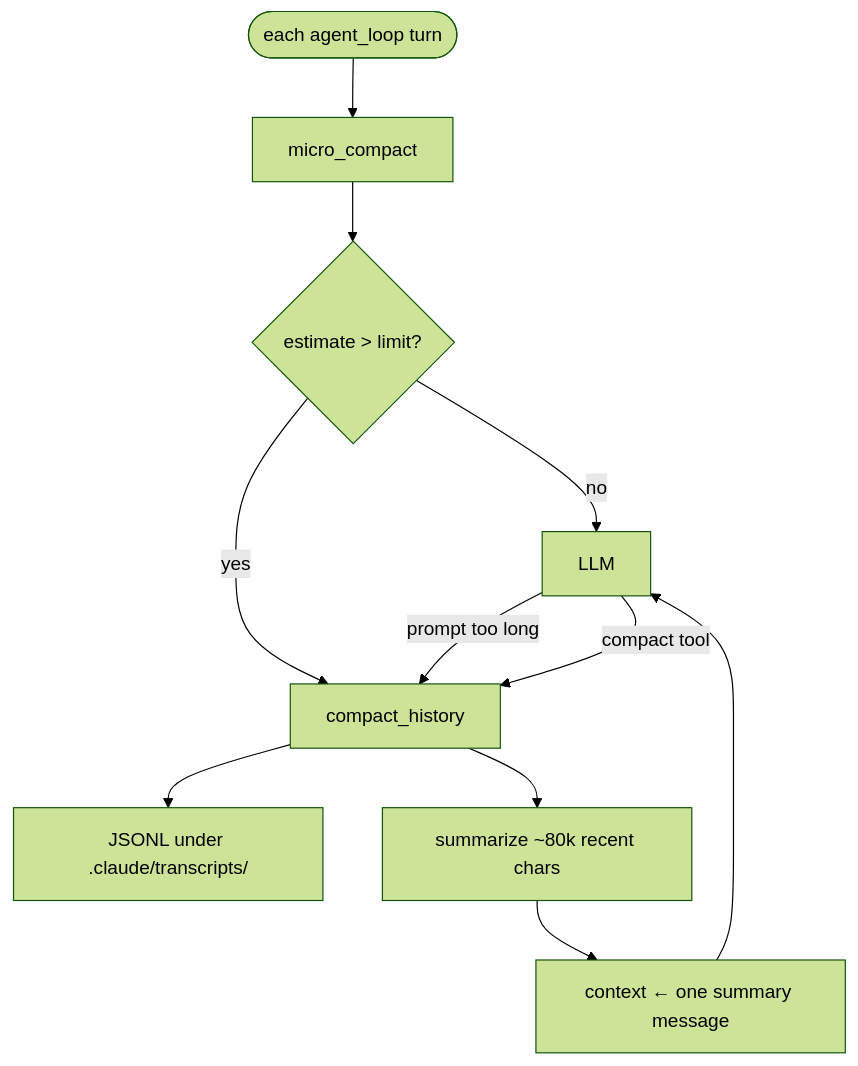
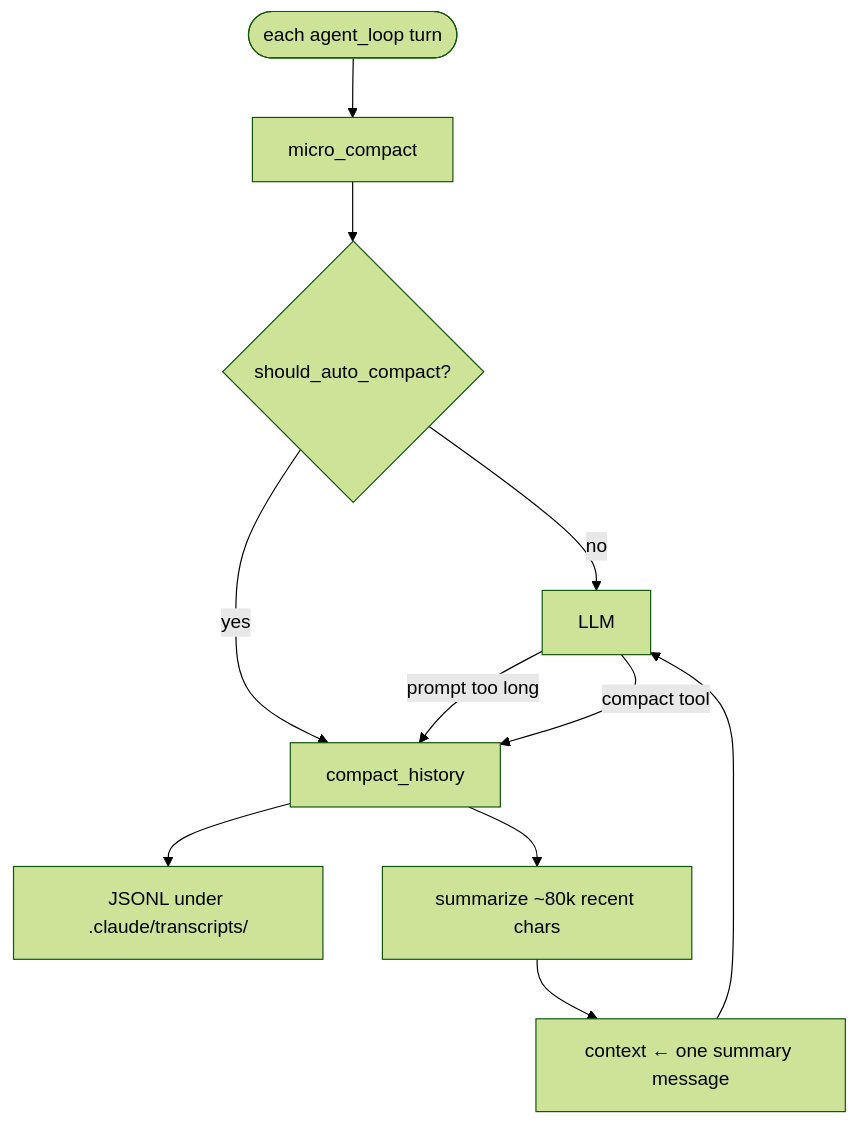
One commit to rust-infra/tact changed the diagram in docs/compaction.md. Above: the diagram before and after it, drawn with Mermaid (forest theme). The commit also changed other lines of this file and 9 other files, not shown here.

````diff
--- a/docs/compaction.md
+++ b/docs/compaction.md
@@ -13,13 +13,13 @@
 ```mermaid
 flowchart TB
     Turn([each agent_loop turn]) --> MC[micro_compact]
-    MC --> Est{estimate > limit?}
+    MC --> Est{should_auto_compact?}
     Est -->|no| Prompt[LLM]
     Est -->|yes| CH[compact_history]
     Prompt -->|prompt too long| CH
     Prompt -->|compact tool| CH
     CH --> Transcript[JSONL under .claude/transcripts/]
     CH --> Sum[summarize ~80k recent chars]
     Sum --> Replace[context ← one summary message]
     Replace --> Prompt
 ```
````
